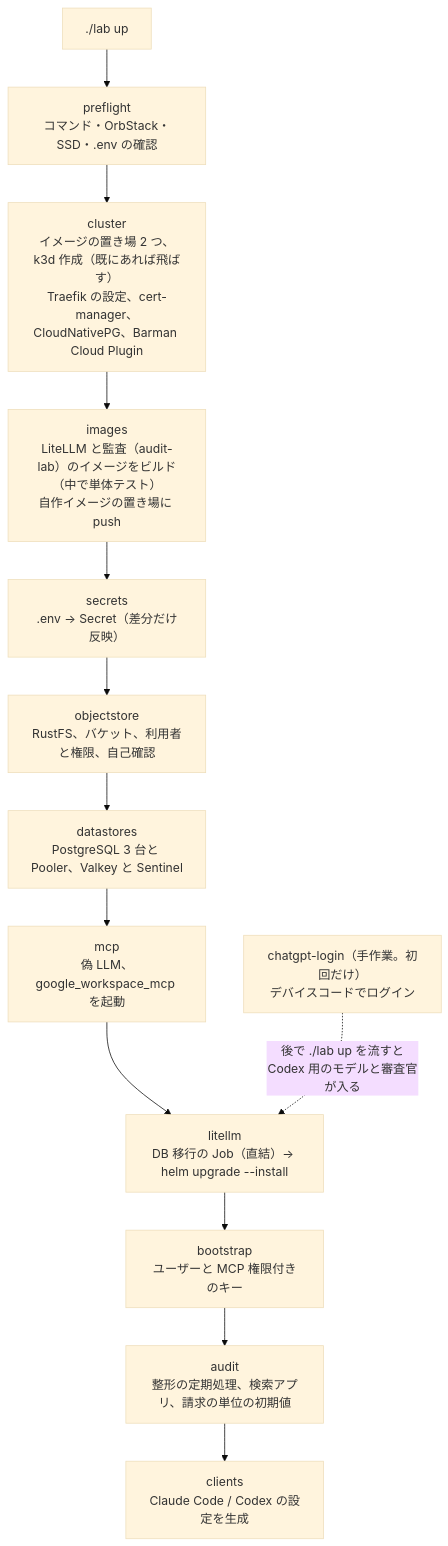
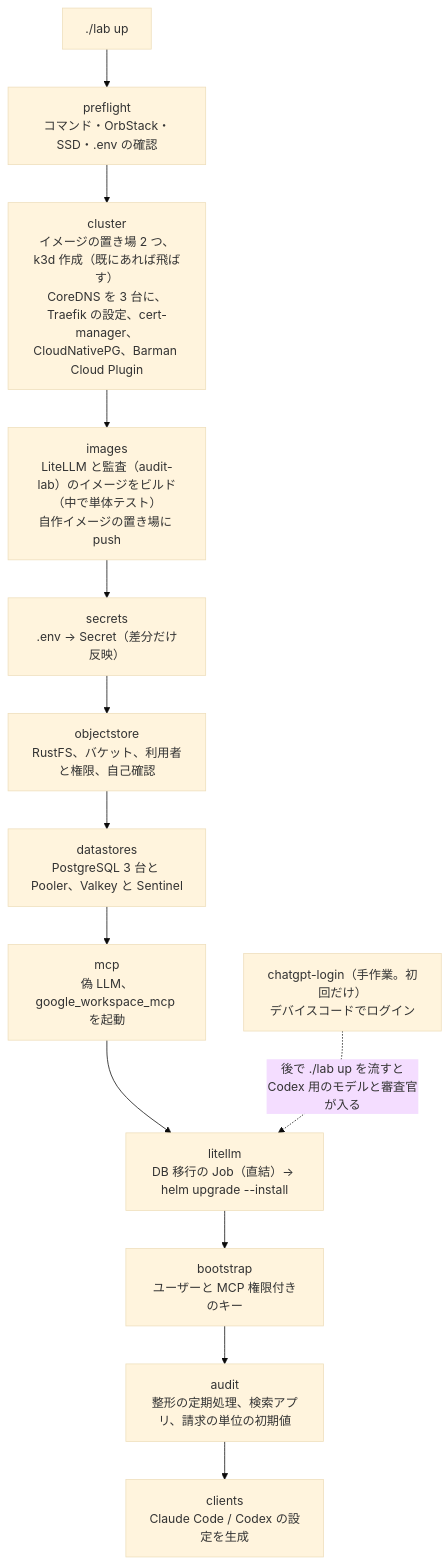
Before and after one commit to notfolder/litellm-agent-gateway-lab: the second of 5 diagrams in docs/design.md, drawn with Mermaid (base theme). The commit also changed other lines of this file and 9 other files, not shown here.

````diff
--- a/docs/design.md
+++ b/docs/design.md
@@ -178,15 +179,15 @@
 ```mermaid
 flowchart TB
     A["./lab up"] --> P["preflight<br/>コマンド・OrbStack・SSD・.env の確認"]
-    P --> C["cluster<br/>イメージの置き場 2 つ、k3d 作成（既にあれば飛ばす）<br/>Traefik の設定、cert-manager、CloudNativePG、Barman Cloud Plugin"]
+    P --> C["cluster<br/>イメージの置き場 2 つ、k3d 作成（既にあれば飛ばす）<br/>CoreDNS を 3 台に、Traefik の設定、cert-manager、CloudNativePG、Barman Cloud Plugin"]
     C --> I["images<br/>LiteLLM と監査（audit-lab）のイメージをビルド（中で単体テスト）<br/>自作イメージの置き場に push"]
     I --> S["secrets<br/>.env → Secret（差分だけ反映）"]
     S --> O["objectstore<br/>RustFS、バケット、利用者と権限、自己確認"]
     O --> D["datastores<br/>PostgreSQL 3 台と Pooler、Valkey と Sentinel"]
     D --> M["mcp<br/>偽 LLM、google_workspace_mcp を起動"]
     M --> L["litellm<br/>DB 移行の Job（直結）→ helm upgrade --install"]
     L --> B["bootstrap<br/>ユーザーと MCP 権限付きのキー"]
     B --> AU["audit<br/>整形の定期処理、検索アプリ、請求の単位の初期値"]
     AU --> CL["clients<br/>Claude Code / Codex の設定を生成"]
     G["chatgpt-login（手作業。初回だけ）<br/>デバイスコードでログイン"] -. "後で ./lab up を流すと<br/>Codex 用のモデルと審査官が入る" .-> L
 ```
````
